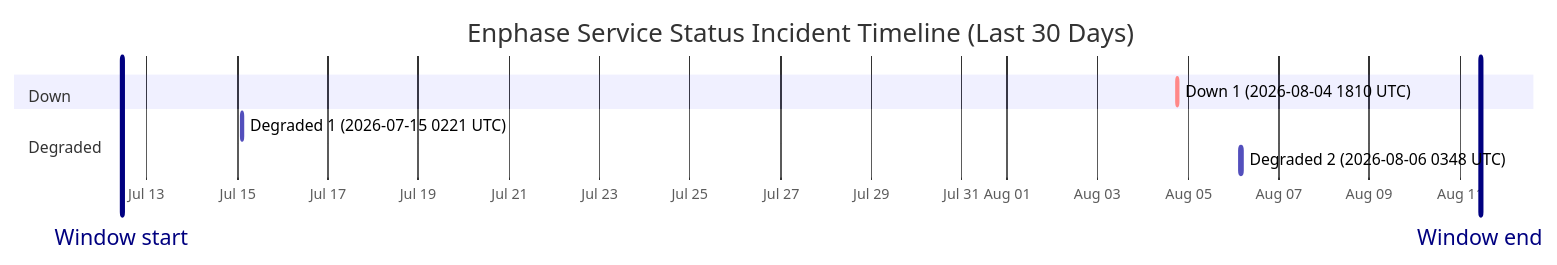
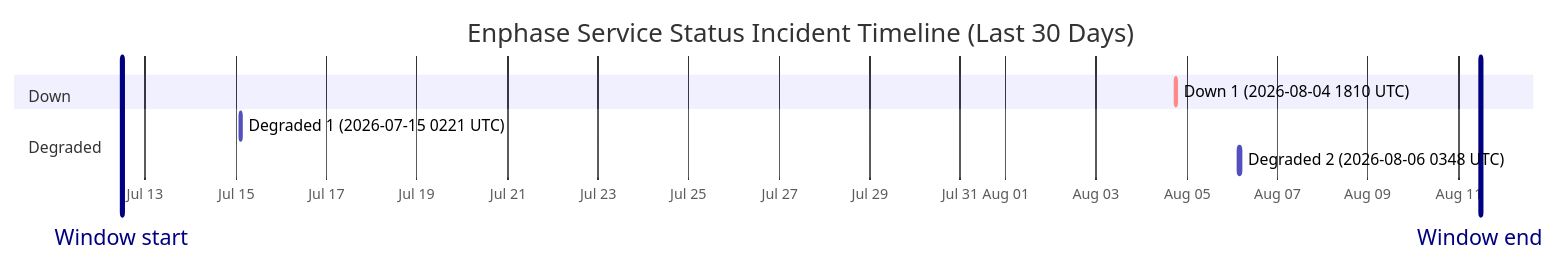
One commit to barneyonline/ha-enphase-energy changed the diagram in wiki/Service-Status-History.md. Above: the diagram before and after it, drawn with Mermaid. The commit also changed other lines of this file and 3 other files, not shown here.

````diff
--- a/wiki/Service-Status-History.md
+++ b/wiki/Service-Status-History.md
@@ -14,13 +14,13 @@
 ```mermaid
 gantt
     title Enphase Service Status Incident Timeline (Last 30 Days)
     dateFormat  YYYY-MM-DDTHH:mm:ss
     axisFormat  %b %d
-    Window start :vert, window-start, 2026-07-12T10:56:17, 0ms
-    Window end :vert, window-end, 2026-08-11T10:56:17, 0ms
+    Window start :vert, window-start, 2026-07-12T11:43:58, 0ms
+    Window end :vert, window-end, 2026-08-11T11:43:58, 0ms
     section Down
     Down 1 (2026-08-04 1810 UTC) :crit, down-1, 2026-08-04T18:10:46, 60m
     section Degraded
     Degraded 1 (2026-07-15 0221 UTC) :active, degraded-1, 2026-07-15T02:21:35, 60m
     Degraded 2 (2026-08-06 0348 UTC) :active, degraded-2, 2026-08-06T03:48:14, 60m
 ```
````
